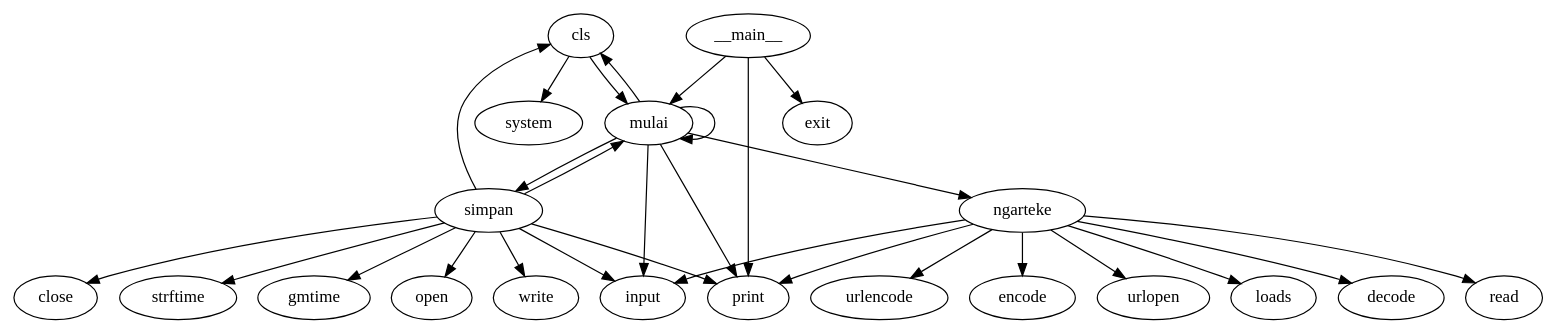
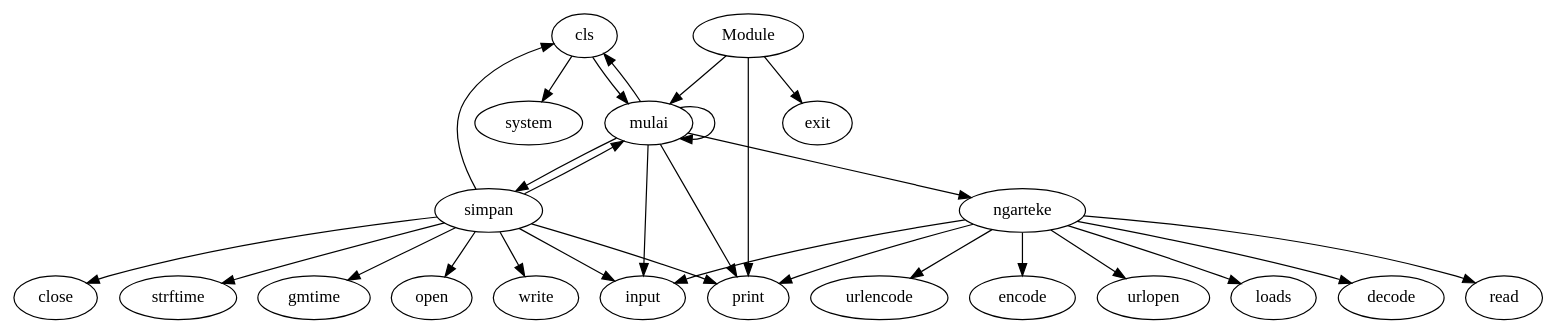
Before and after one commit to JordanCoyne97/Final_Year_Project: the diagram in CallGraph_dots/GopyTranslate.dot, drawn with Graphviz. The commit also changed 164 other files, not shown here.

```diff
--- a/CallGraph_dots/GopyTranslate.dot
+++ b/CallGraph_dots/GopyTranslate.dot
@@ -1,50 +1,50 @@
 digraph  {
 cls;
 system;
 mulai;
 simpan;
 strftime;
 gmtime;
 open;
 write;
 close;
 print;
 input;
 ngarteke;
 urlencode;
 encode;
 urlopen;
 loads;
 decode;
 read;
-__main__;
+Module;
 exit;
 cls -> system;
 cls -> mulai;
 mulai -> print;
 mulai -> input;
 mulai -> ngarteke;
 mulai -> simpan;
 mulai -> cls;
 mulai -> mulai;
 simpan -> strftime;
 simpan -> gmtime;
 simpan -> open;
 simpan -> write;
 simpan -> close;
 simpan -> print;
 simpan -> input;
 simpan -> cls;
 simpan -> mulai;
 ngarteke -> input;
 ngarteke -> print;
 ngarteke -> urlencode;
 ngarteke -> encode;
 ngarteke -> urlopen;
 ngarteke -> loads;
 ngarteke -> decode;
 ngarteke -> read;
-__main__ -> mulai;
-__main__ -> print;
-__main__ -> exit;
+Module -> mulai;
+Module -> print;
+Module -> exit;
 }
```
